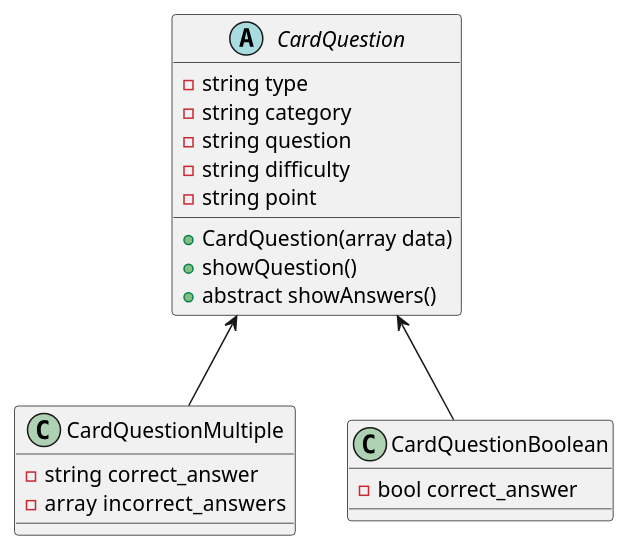
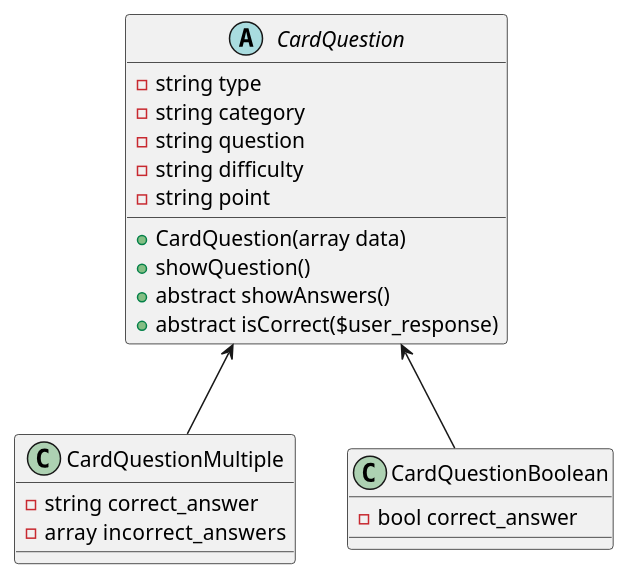
The diagram in 12-opentrivia-app/docs/uml/trivia.puml (sarassoroberto/corso_php_2024), drawn with PlantUML before and after one commit. The commit also changed 5 other files, not shown here.

```diff
--- a/12-opentrivia-app/docs/uml/trivia.puml
+++ b/12-opentrivia-app/docs/uml/trivia.puml
@@ -1,37 +1,40 @@
 @startuml
 
 CardQuestion <-- CardQuestionMultiple 
 CardQuestion <-- CardQuestionBoolean 
 ' CardQuestion <-- CardQuestionSurvey
 ' Game *--- CardQuestion
 
 abstract CardQuestion {
     - string type
     - string category
     - string question
     - string difficulty
     - string point
     + CardQuestion(array data)
     + showQuestion()
     + abstract showAnswers() 
+    + abstract isCorrect($user_response) 
 }
 
 class CardQuestionMultiple {
-
+    ' - string user_response
     - string correct_answer
     - array  incorrect_answers
 } 
 
 class CardQuestionBoolean {
-
+    ' - bool user_response
     - bool correct_answer
    
 } 
+
+
 
 ' class CardQuestionSurvey {
 
 '     ' + Survey survey_service
    
 ' } 
 
 @enduml
```
